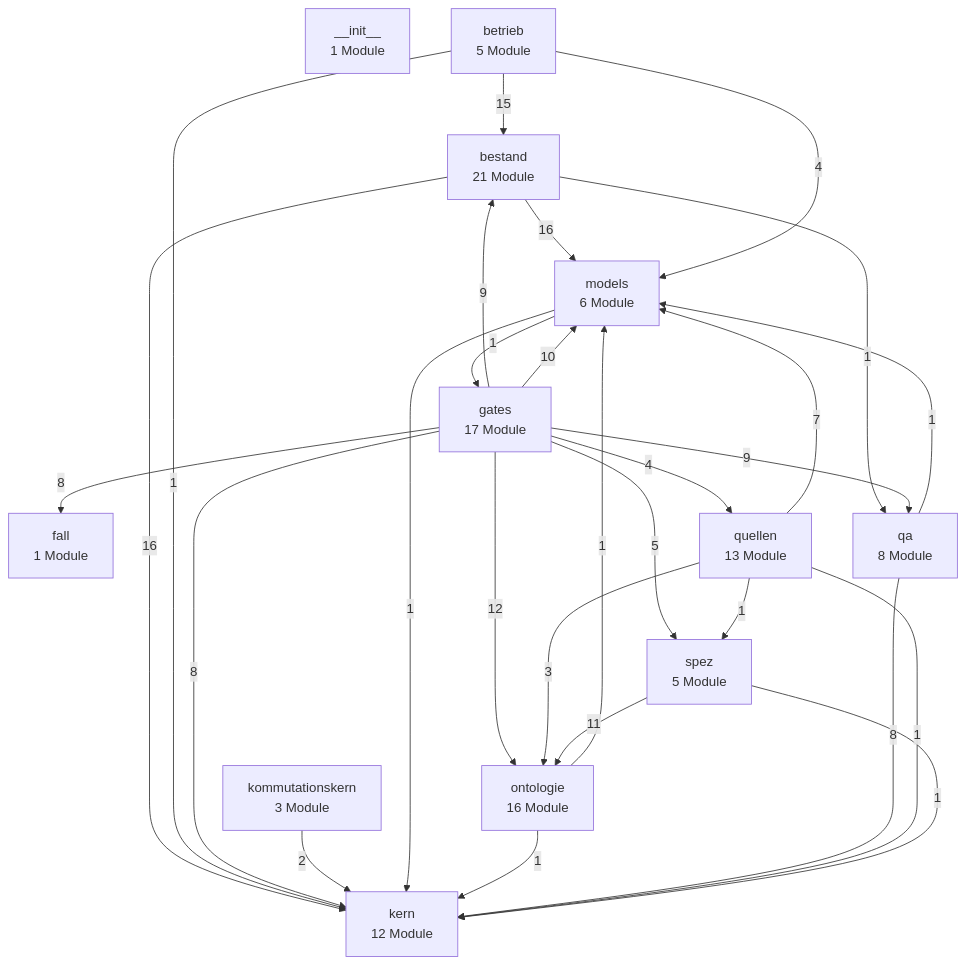
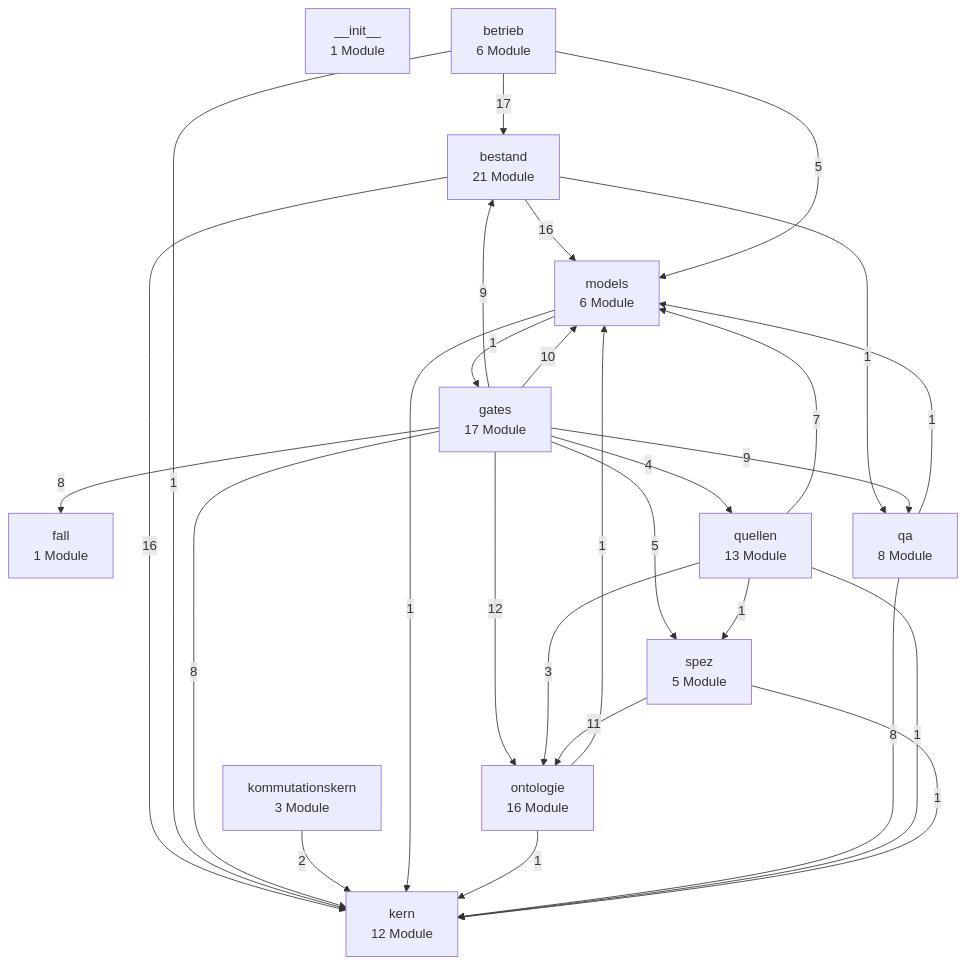
One commit to bartlmac/rechner-pipeline changed the first of 3 diagrams in docs/architektur/landkarte.md. Above: the diagram before and after it, drawn with Mermaid. The commit also changed other lines of this file and 12 other files, not shown here.

First line of the commit message:
feat(betrieb,werkzeuge): Bestand heute aus dem Stand, Stands-Paket als Quelle der Vorzeigeseite (B8)

````diff
--- a/docs/architektur/landkarte.md
+++ b/docs/architektur/landkarte.md
@@ -27,43 +27,43 @@
 ```mermaid
 %% Schichten — erzeugt von ontologie.landkarte
 flowchart TD
     n__init__["__init__<br/>1 Module"]
     bestand["bestand<br/>21 Module"]
-    betrieb["betrieb<br/>5 Module"]
+    betrieb["betrieb<br/>6 Module"]
     fall["fall<br/>1 Module"]
     gates["gates<br/>17 Module"]
     kern["kern<br/>12 Module"]
     kommutationskern["kommutationskern<br/>3 Module"]
     models["models<br/>6 Module"]
     ontologie["ontologie<br/>16 Module"]
     qa["qa<br/>8 Module"]
     quellen["quellen<br/>13 Module"]
     spez["spez<br/>5 Module"]
     bestand -- 16 --> kern
     bestand -- 16 --> models
     bestand -- 1 --> qa
-    betrieb -- 15 --> bestand
+    betrieb -- 17 --> bestand
     betrieb -- 1 --> kern
-    betrieb -- 4 --> models
+    betrieb -- 5 --> models
     gates -- 9 --> bestand
     gates -- 8 --> fall
     gates -- 8 --> kern
     gates -- 10 --> models
     gates -- 12 --> ontologie
     gates -- 9 --> qa
     gates -- 4 --> quellen
     gates -- 5 --> spez
     kommutationskern -- 2 --> kern
     models -- 1 --> gates
     models -- 1 --> kern
     ontologie -- 1 --> kern
     ontologie -- 1 --> models
     qa -- 8 --> kern
     qa -- 1 --> models
     quellen -- 1 --> kern
     quellen -- 7 --> models
     quellen -- 3 --> ontologie
     quellen -- 1 --> spez
     spez -- 1 --> kern
     spez -- 11 --> ontologie
 ```
````
